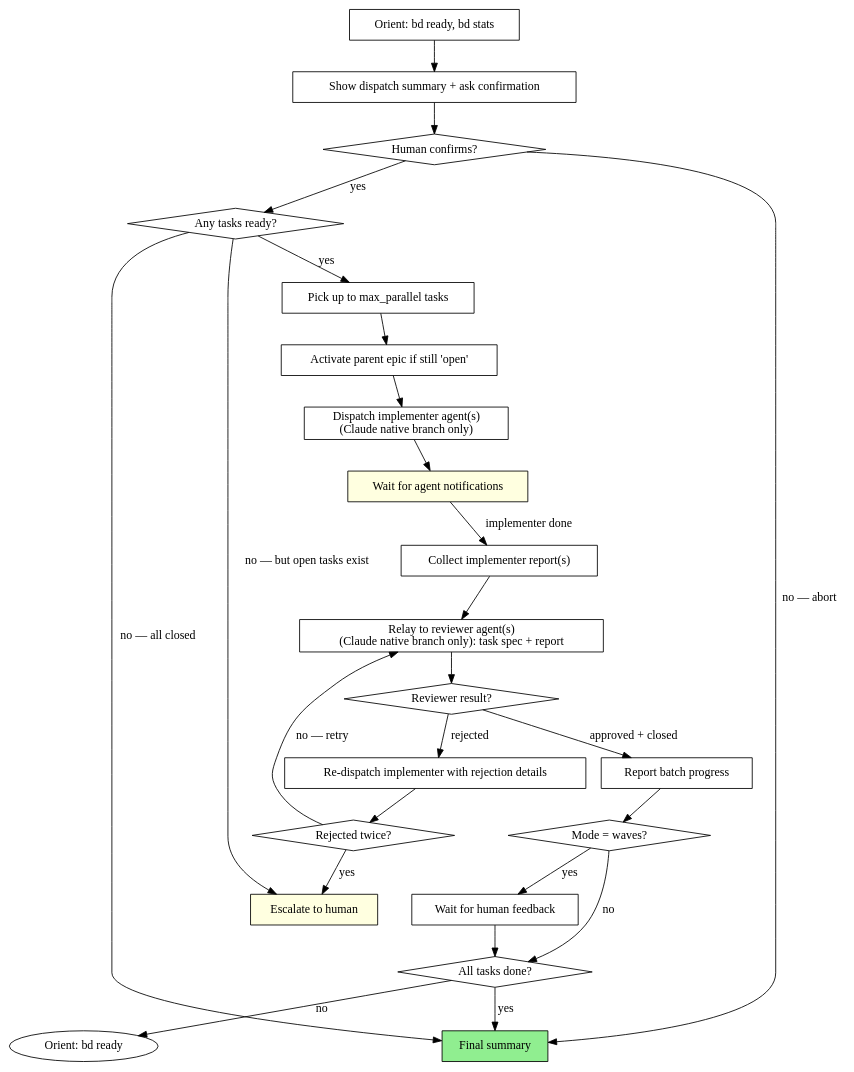
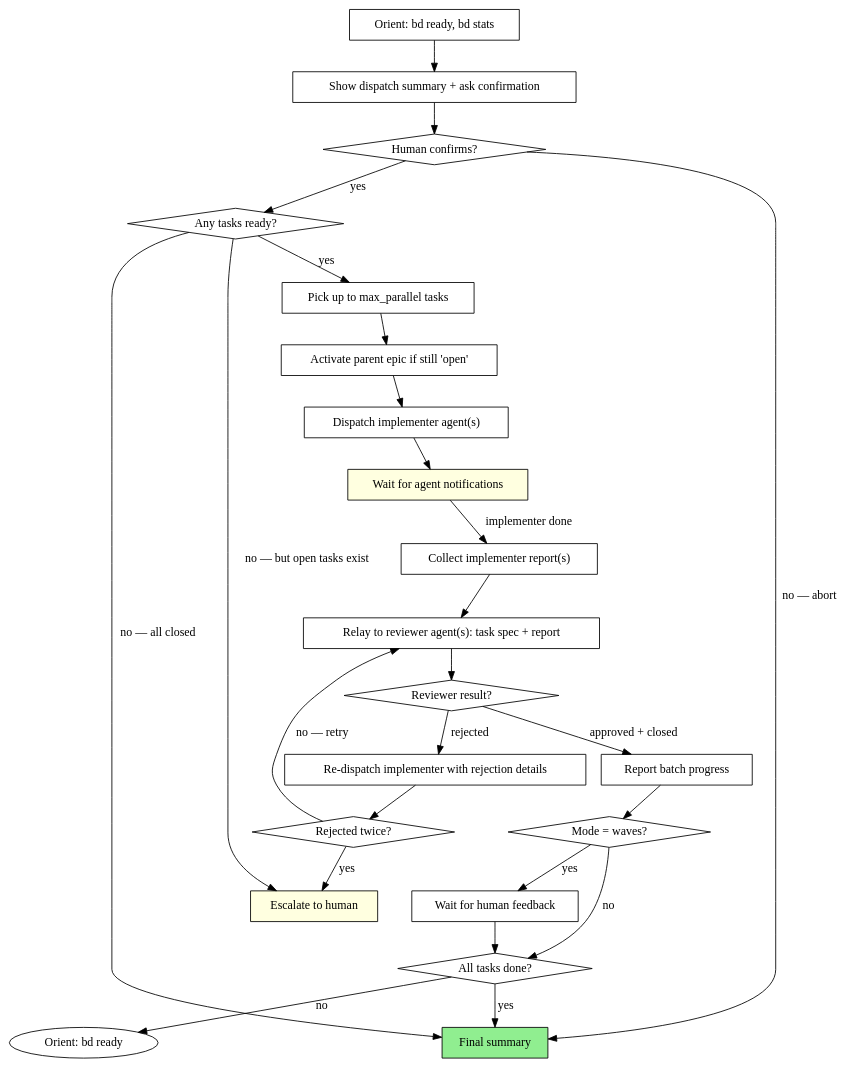
Before and after one commit to b3tchi/dotfiles: the diagram in claude/marketplace/plugins/infinifu/skills/plan-scrum-master/SKILL.md, drawn with Graphviz. The commit also changed other lines of this file and 4 other files, not shown here.

````diff
--- a/claude/marketplace/plugins/infinifu/skills/plan-scrum-master/SKILL.md
+++ b/claude/marketplace/plugins/infinifu/skills/plan-scrum-master/SKILL.md
@@ -279,50 +204,50 @@
 ```dot
 digraph scrum_master {
     rankdir=TB;
 
     "Orient: bd ready, bd stats" [shape=box];
     "Show dispatch summary + ask confirmation" [shape=box];
     "Human confirms?" [shape=diamond];
     "Any tasks ready?" [shape=diamond];
     "Pick up to max_parallel tasks" [shape=box];
-    "Dispatch implementer agent(s)\n(Claude native branch only)" [shape=box];
+    "Dispatch implementer agent(s)" [shape=box];
     "Collect implementer report(s)" [shape=box];
-    "Relay to reviewer agent(s)\n(Claude native branch only): task spec + report" [shape=box];
+    "Relay to reviewer agent(s): task spec + report" [shape=box];
     "Reviewer result?" [shape=diamond];
     "Re-dispatch implementer with rejection details" [shape=box];
     "Rejected twice?" [shape=diamond];
     "Escalate to human" [shape=box style=filled fillcolor=lightyellow];
     "Report batch progress" [shape=box];
     "Mode = waves?" [shape=diamond];
     "Wait for human feedback" [shape=box];
     "All tasks done?" [shape=diamond];
     "Final summary" [shape=box style=filled fillcolor=lightgreen];
 
     "Orient: bd ready, bd stats" -> "Show dispatch summary + ask confirmation";
     "Show dispatch summary + ask confirmation" -> "Human confirms?";
     "Human confirms?" -> "Any tasks ready?" [label="yes"];
     "Human confirms?" -> "Final summary" [label="no — abort"];
     "Any tasks ready?" -> "Pick up to max_parallel tasks" [label="yes"];
     "Any tasks ready?" -> "Final summary" [label="no — all closed"];
     "Any tasks ready?" -> "Escalate to human" [label="no — but open tasks exist"];
     "Pick up to max_parallel tasks" -> "Activate parent epic if still 'open'";
     "Activate parent epic if still 'open'" [shape=box];
-    "Activate parent epic if still 'open'" -> "Dispatch implementer agent(s)\n(Claude native branch only)";
-    "Dispatch implementer agent(s)\n(Claude native branch only)" -> "Wait for agent notifications";
+    "Activate parent epic if still 'open'" -> "Dispatch implementer agent(s)";
+    "Dispatch implementer agent(s)" -> "Wait for agent notifications";
     "Wait for agent notifications" [shape=box style=filled fillcolor=lightyellow];
     "Wait for agent notifications" -> "Collect implementer report(s)" [label="implementer done"];
-    "Collect implementer report(s)" -> "Relay to reviewer agent(s)\n(Claude native branch only): task spec + report";
-    "Relay to reviewer agent(s)\n(Claude native branch only): task spec + report" -> "Reviewer result?";
+    "Collect implementer report(s)" -> "Relay to reviewer agent(s): task spec + report";
+    "Relay to reviewer agent(s): task spec + report" -> "Reviewer result?";
     "Reviewer result?" -> "Report batch progress" [label="approved + closed"];
     "Reviewer result?" -> "Re-dispatch implementer with rejection details" [label="rejected"];
     "Re-dispatch implementer with rejection details" -> "Rejected twice?";
-    "Rejected twice?" -> "Relay to reviewer agent(s)\n(Claude native branch only): task spec + report" [label="no — retry"];
+    "Rejected twice?" -> "Relay to reviewer agent(s): task spec + report" [label="no — retry"];
     "Rejected twice?" -> "Escalate to human" [label="yes"];
     "Report batch progress" -> "Mode = waves?";
     "Mode = waves?" -> "Wait for human feedback" [label="yes"];
     "Mode = waves?" -> "All tasks done?" [label="no"];
     "Wait for human feedback" -> "All tasks done?";
     "All tasks done?" -> "Orient: bd ready" [label="no"];
     "All tasks done?" -> "Final summary" [label="yes"];
 }
 ```
````
